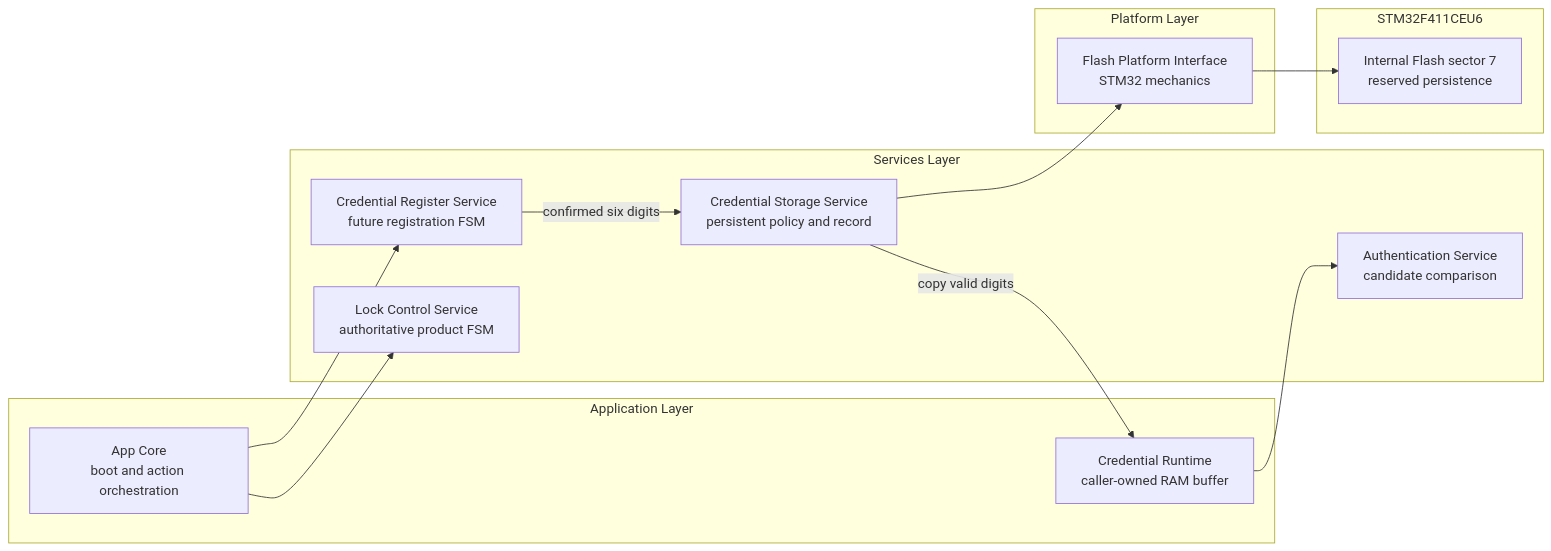
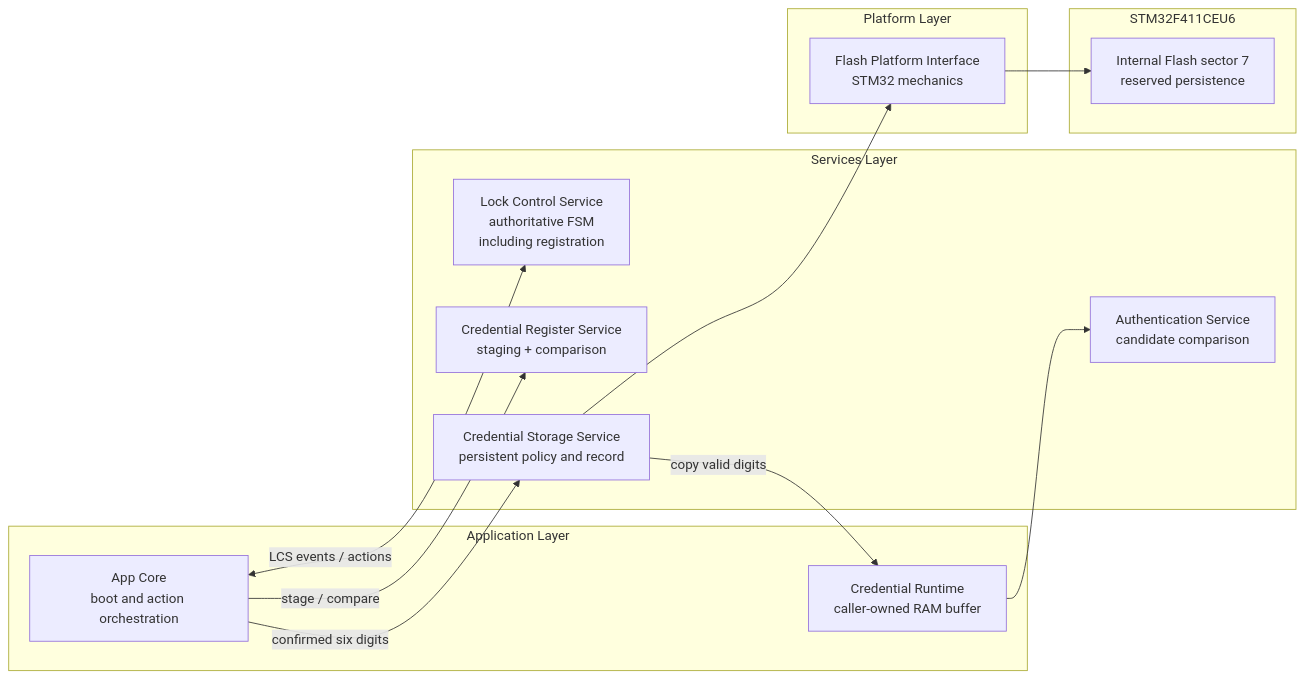
One commit to JP-REY/STM32F103C8T6-Based-Electronic-Lock changed the first of 4 diagrams in Libs/Services/Credential_Storage/README.md. Above: the diagram before and after it, drawn with Mermaid. The commit also changed other lines of this file and 8 other files, not shown here.

First line of the commit message:
feature(lock-control): integrate credential register flow into FSM

````diff
--- a/Libs/Services/Credential_Storage/README.md
+++ b/Libs/Services/Credential_Storage/README.md
@@ -137,30 +137,30 @@
 ```mermaid
 flowchart LR
     subgraph APP["Application Layer"]
         APP_CORE["App Core<br/>boot and action orchestration"]
         RUNTIME["Credential Runtime<br/>caller-owned RAM buffer"]
     end
 
     subgraph SERVICES["Services Layer"]
-        CRS["Credential Register Service<br/>future registration FSM"]
+        CRS["Credential Register Service<br/>staging + comparison"]
         CSS["Credential Storage Service<br/>persistent policy and record"]
         AS["Authentication Service<br/>candidate comparison"]
-        LCS["Lock Control Service<br/>authoritative product FSM"]
+        LCS["Lock Control Service<br/>authoritative FSM <br/>including registration"]
     end
 
     subgraph PLATFORM["Platform Layer"]
         FLASH["Flash Platform Interface<br/>STM32 mechanics"]
     end
 
     subgraph TARGET["STM32F411CEU6"]
         SECTOR7["Internal Flash sector 7<br/>reserved persistence"]
     end
 
-    APP_CORE --> CRS
-    CRS -->|"confirmed six digits"| CSS
+    APP_CORE <-->|"LCS events / actions"| LCS
+    APP_CORE -->|"stage / compare"| CRS
+    APP_CORE -->|"confirmed six digits"| CSS
     CSS --> FLASH
     FLASH --> SECTOR7
     CSS -->|"copy valid digits"| RUNTIME
     RUNTIME --> AS
-    APP_CORE --> LCS
 ```
````
